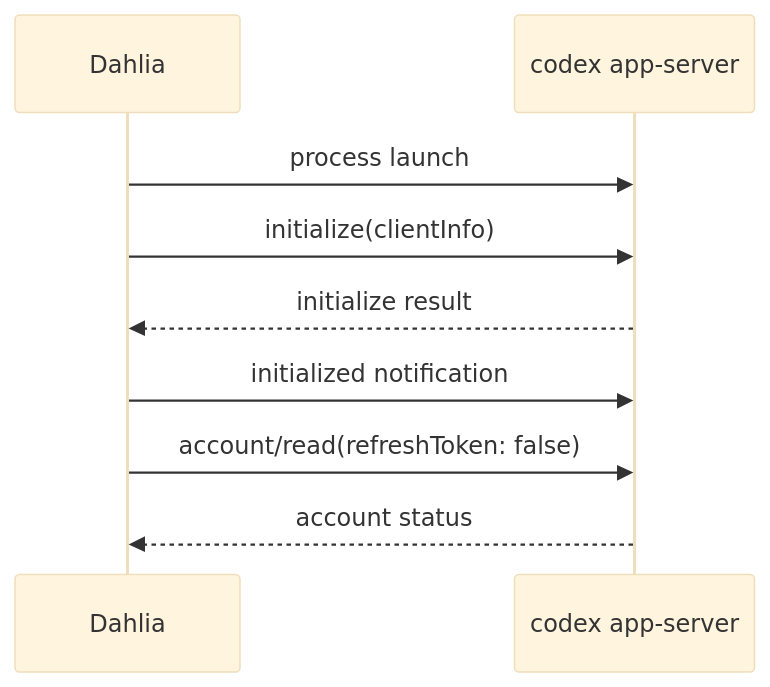
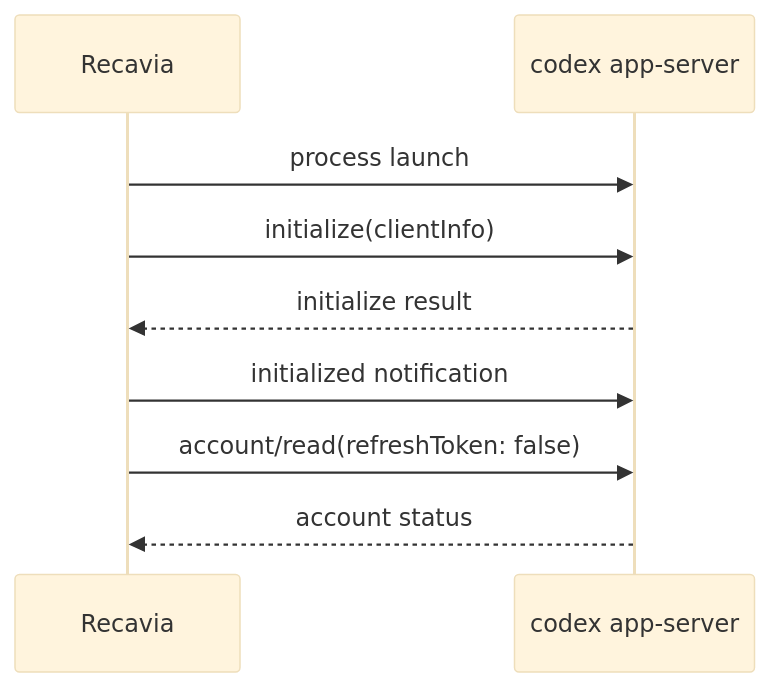
Before and after one commit to recavia/recavia: the second of 3 diagrams in docs/adr/0003-use-a-shared-codex-app-server.md, drawn with Mermaid (base theme). The commit also changed other lines of this file and 709 other files, not shown here.

First line of the commit message:
Rename Dahlia to Recavia (#124)

````diff
--- a/docs/adr/0003-use-a-shared-codex-app-server.md
+++ b/docs/adr/0003-use-a-shared-codex-app-server.md
@@ -118,11 +118,11 @@
 ```mermaid
 sequenceDiagram
-    participant App as Dahlia
+    participant App as Recavia
     participant Server as codex app-server
     App->>Server: process launch
     App->>Server: initialize(clientInfo)
     Server-->>App: initialize result
     App->>Server: initialized notification
     App->>Server: account/read(refreshToken: false)
     Server-->>App: account status
 ```
````
